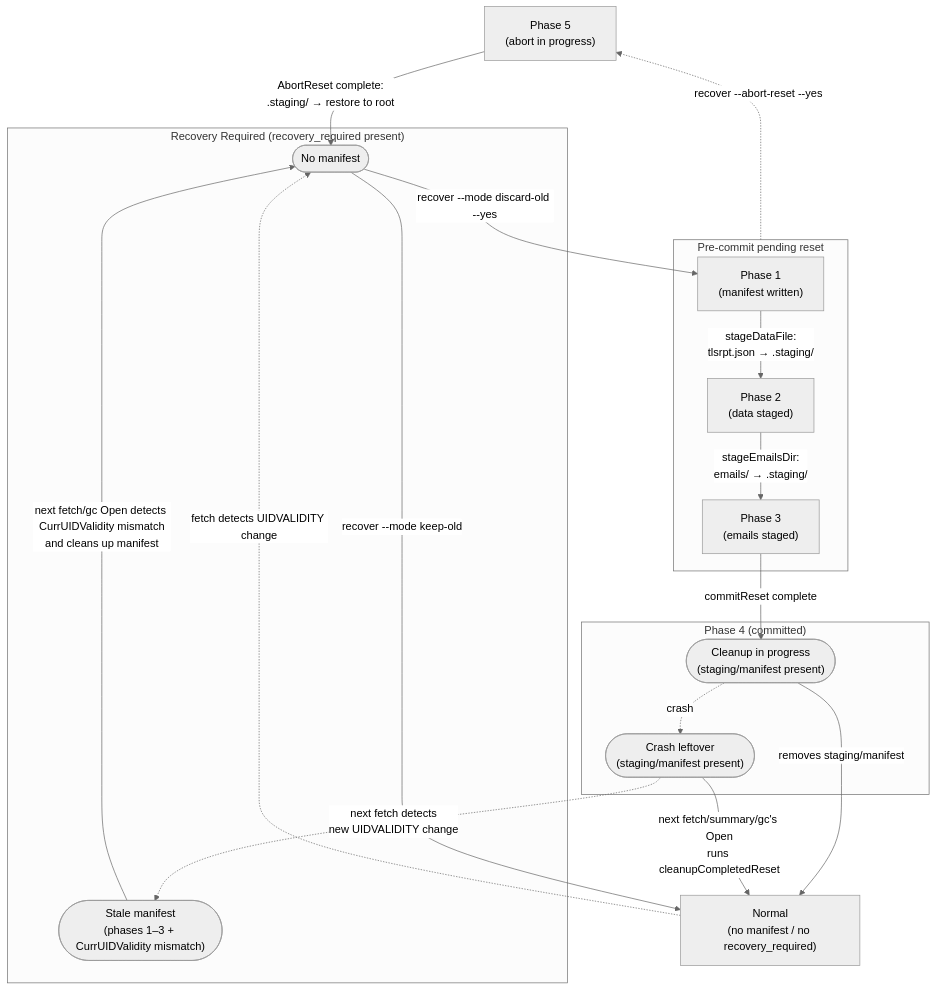
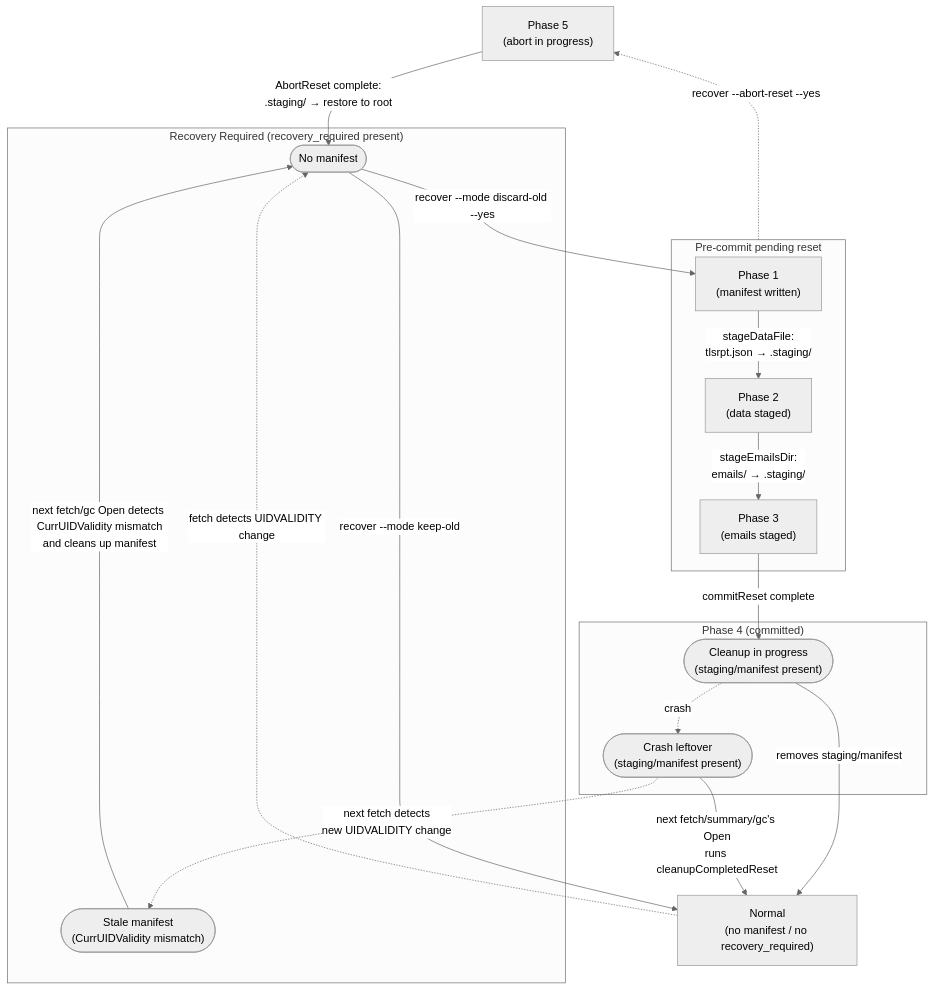
The diagram in docs/dev/adr/0003_reset_phase_design.md (isseis/tlsrpt-digest), drawn with Mermaid (neutral theme) before and after one commit.

Commit message:
docs(adr): fix StaleM node label in English ADR-0003 state diagram
Remove the inaccurate "phases 1–3" qualifier. StaleM is only reachable
from P4b whose leftover manifest is at phase=committed (4), not 1–3.
CurrUIDValidity mismatch alone is the correct characterization.

````diff
--- a/docs/dev/adr/0003_reset_phase_design.md
+++ b/docs/dev/adr/0003_reset_phase_design.md
@@ -89,36 +89,36 @@
 ```mermaid
 flowchart TD
     P5["Phase 5<br>(abort in progress)"]
 
     subgraph RecoveryReq["Recovery Required (recovery_required present)"]
         RR(["No manifest"])
-        StaleM(["Stale manifest<br>(phases 1–3 + CurrUIDValidity mismatch)"])
+        StaleM(["Stale manifest<br>(CurrUIDValidity mismatch)"])
     end
 
     subgraph PendingReset["Pre-commit pending reset"]
         P1["Phase 1<br>(manifest written)"]
         P2["Phase 2<br>(data staged)"]
         P3["Phase 3<br>(emails staged)"]
     end
 
     subgraph Phase4["Phase 4 (committed)"]
         P4a(["Cleanup in progress<br>(staging/manifest present)"])
         P4b(["Crash leftover<br>(staging/manifest present)"])
     end
 
     Normal["Normal<br>(no manifest / no recovery_required)"]
 
     RR -->|"recover --mode keep-old"| Normal
     RR -->|"recover --mode discard-old --yes"| P1
     P1 -->|"stageDataFile:<br>tlsrpt.json → .staging/"| P2
     P2 -->|"stageEmailsDir:<br>emails/ → .staging/"| P3
     P3 -->|"commitReset complete"| P4a
     P4a -->|"removes staging/manifest"| Normal
     P4a -.->|"crash"| P4b
     P4b -->|"next fetch/summary/gc's Open<br>runs cleanupCompletedReset"| Normal
     P4b -.->|"next fetch detects<br>new UIDVALIDITY change"| StaleM
     StaleM -->|"next fetch/gc Open detects CurrUIDValidity mismatch<br>and cleans up manifest"| RR
     PendingReset -.->|"recover --abort-reset --yes"| P5
     P5 -->|"AbortReset complete:<br>.staging/ → restore to root"| RR
     Normal -.->|"fetch detects UIDVALIDITY change"| RR
 ```
````
